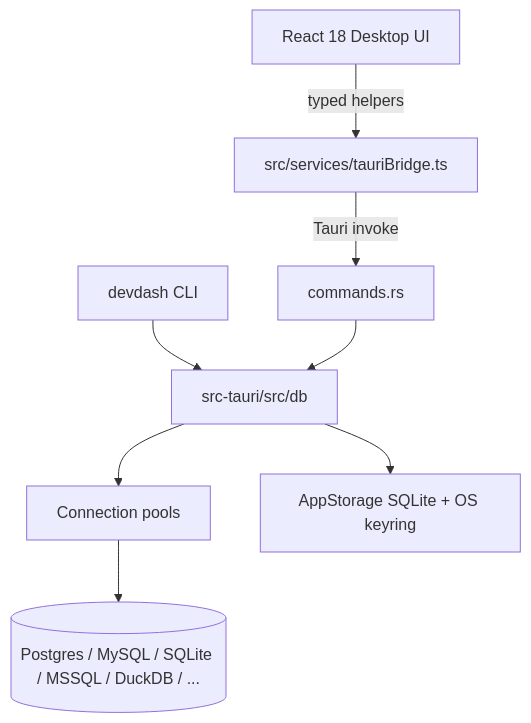
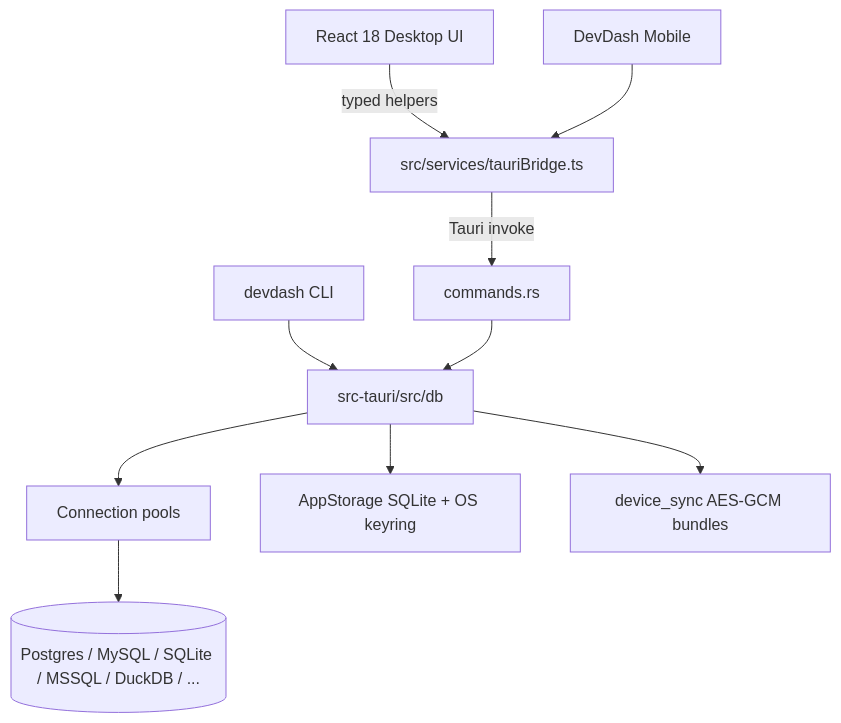
Before and after one commit to GUNPARK-GOOKIM/DevDash: the diagram in README.md, drawn with Mermaid. The commit also changed other lines of this file and 33 other files, not shown here.

First line of the commit message:
feat(mobile): first-class touch client sharing the Rust core

````diff
--- a/README.md
+++ b/README.md
@@ -147,10 +152,12 @@
 ```mermaid
 flowchart TD
     UI[React 18 Desktop UI] -->|typed helpers| Bridge[src/services/tauriBridge.ts]
+    Mob[DevDash Mobile] --> Bridge
     Bridge -->|Tauri invoke| Cmd[commands.rs]
     CLI[devdash CLI] --> Core[src-tauri/src/db]
     Cmd --> Core
     Core --> Pool[Connection pools]
     Pool --> SQL[(Postgres / MySQL / SQLite / MSSQL / DuckDB / ...)]
     Core --> Store[AppStorage SQLite + OS keyring]
+    Core --> Sync[device_sync AES-GCM bundles]
 ```
````
